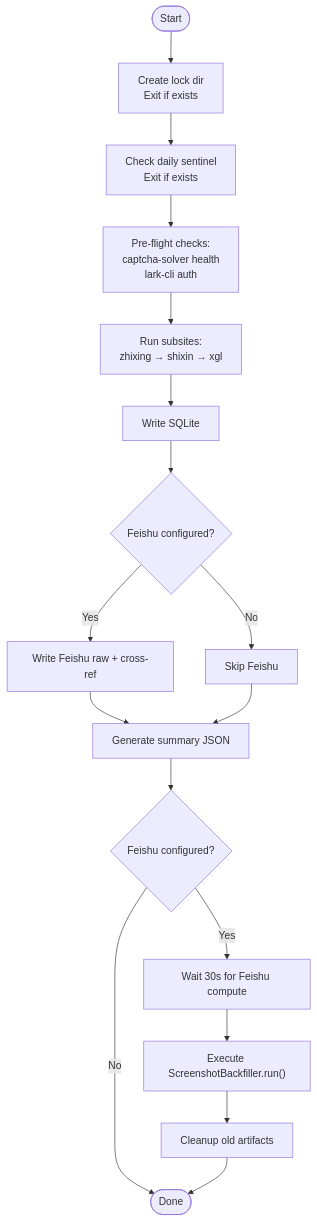
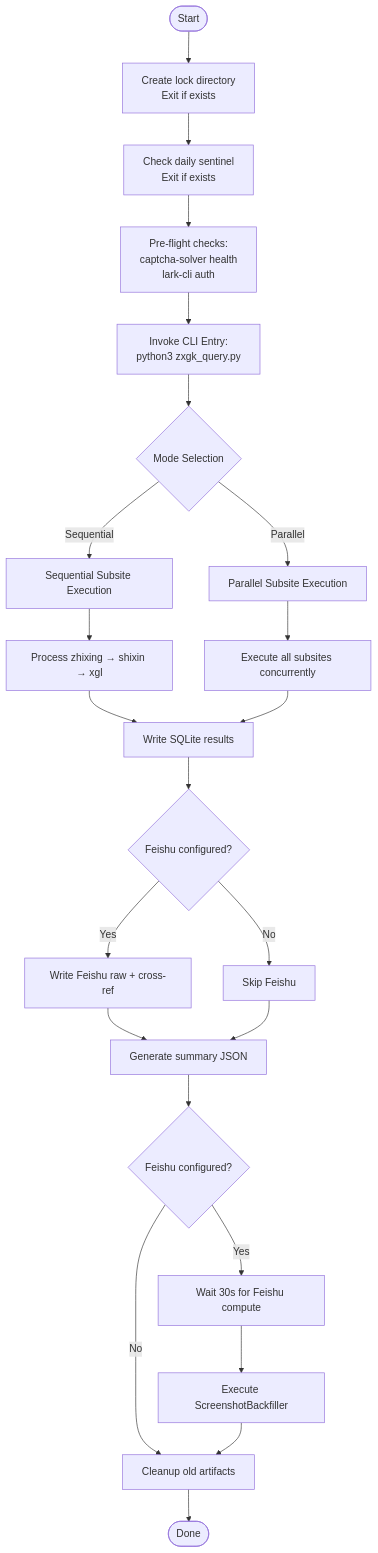
The third of 6 diagrams in .qoder/repowiki/en/content/Daily Workflow Orchestration.md (supotato-ipj/zxgk_auto_query-skill), drawn with Mermaid before and after one commit. The commit also changed other lines of this file and 19 other files, not shown here.

````diff
--- a/.qoder/repowiki/en/content/Daily Workflow Orchestration.md
+++ b/.qoder/repowiki/en/content/Daily Workflow Orchestration.md
@@ -211,19 +209,25 @@
 ```mermaid
 flowchart TD
-Start(["Start"]) --> Lock["Create lock dir<br/>Exit if exists"]
+Start(["Start"]) --> Lock["Create lock directory<br/>Exit if exists"]
 Lock --> Sentinel["Check daily sentinel<br/>Exit if exists"]
 Sentinel --> Preflight["Pre-flight checks:<br/>captcha-solver health<br/>lark-cli auth"]
-Preflight --> RunSubsites["Run subsites:<br/>zhixing → shixin → xgl"]
-RunSubsites --> SQLiteWrite["Write SQLite"]
+Preflight --> CLIInvocation["Invoke CLI Entry:<br/>python3 zxgk_query.py"]
+CLIInvocation --> ModeSelection{"Mode Selection"}
+ModeSelection --> |Sequential| SequentialRun["Sequential Subsite Execution"]
+ModeSelection --> |Parallel| ParallelRun["Parallel Subsite Execution"]
+SequentialRun --> BatchProcessing["Process zhixing → shixin → xgl"]
+ParallelRun --> AsyncProcessing["Execute all subsites concurrently"]
+BatchProcessing --> SQLiteWrite["Write SQLite results"]
+AsyncProcessing --> SQLiteWrite
 SQLiteWrite --> FeishuCheck{"Feishu configured?"}
 FeishuCheck --> |Yes| FeishuWrite["Write Feishu raw + cross-ref"]
 FeishuCheck --> |No| SkipFeishu["Skip Feishu"]
 FeishuWrite --> Summary["Generate summary JSON"]
 SkipFeishu --> Summary
 Summary --> BackfillCheck{"Feishu configured?"}
 BackfillCheck --> |Yes| WaitCompute["Wait 30s for Feishu compute"]
-BackfillCheck --> |No| Done
-WaitCompute --> Backfill["Execute ScreenshotBackfiller.run()"]
+BackfillCheck --> |No| Cleanup
+WaitCompute --> Backfill["Execute ScreenshotBackfiller"]
 Backfill --> Cleanup["Cleanup old artifacts"]
 Cleanup --> Done(["Done"])
 ```
````
